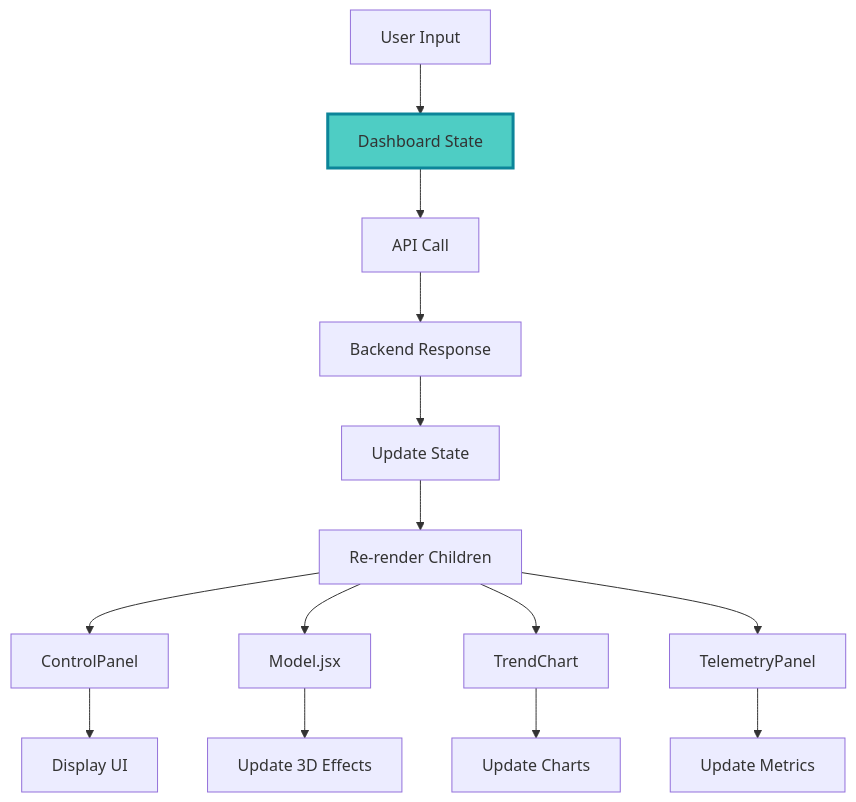
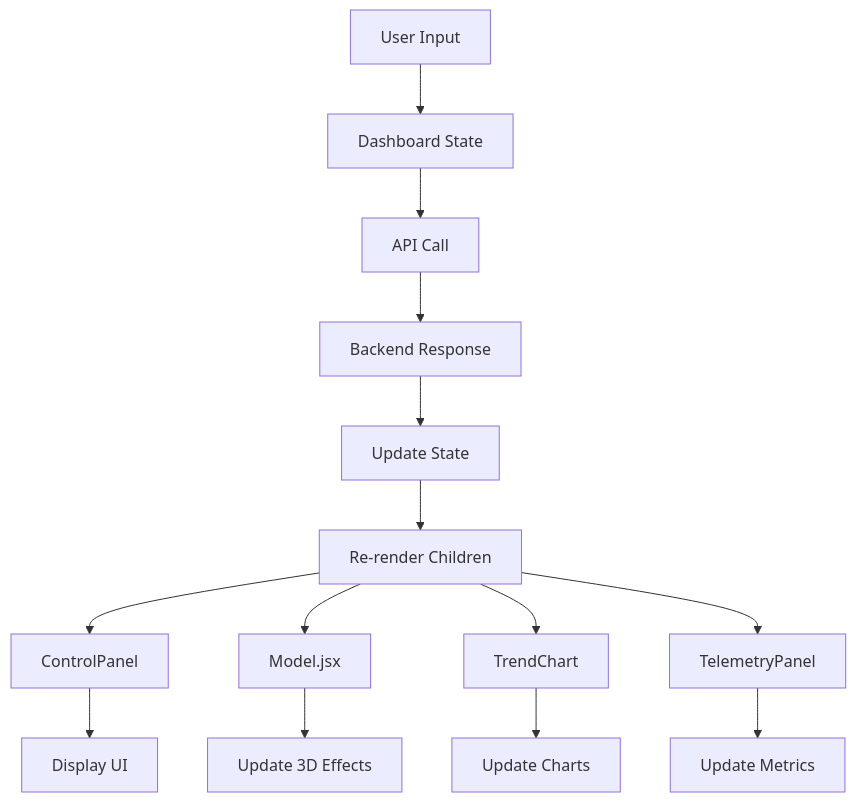
One commit to Divesh-Kshirsagar/BIMCS changed the sixth of 7 diagrams in docs/frontend.md. Above: the diagram before and after it, drawn with Mermaid. The commit also changed other lines of this file and 7 other files, not shown here.

Commit message:
refactor: remove unnecessary style definitions from documentation diagrams

````diff
--- a/docs/frontend.md
+++ b/docs/frontend.md
@@ -372,20 +363,19 @@
 ```mermaid
 graph TB
     UserInput[User Input] --> DashboardState[Dashboard State]
     DashboardState --> APICall[API Call]
     APICall --> BackendResponse[Backend Response]
     BackendResponse --> UpdateState[Update State]
     UpdateState --> RenderComponents[Re-render Children]
     
     RenderComponents --> Controls[ControlPanel]
     RenderComponents --> Model3D[Model.jsx]
     RenderComponents --> Charts[TrendChart]
     RenderComponents --> Telemetry[TelemetryPanel]
     
     Controls --> Display1[Display UI]
     Model3D --> Display2[Update 3D Effects]
     Charts --> Display3[Update Charts]
     Telemetry --> Display4[Update Metrics]
-    
-    style DashboardState fill:#4ecdc4,stroke:#0c8599,stroke-width:3px
+
 ```
````
